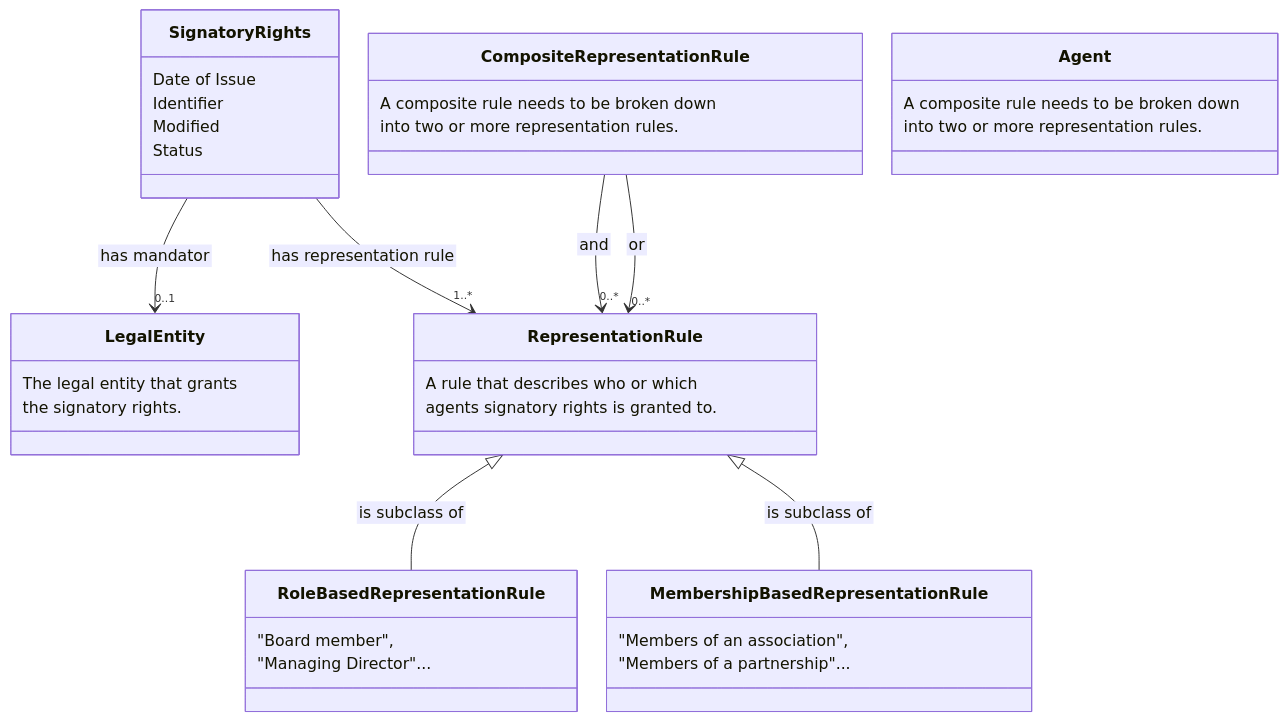
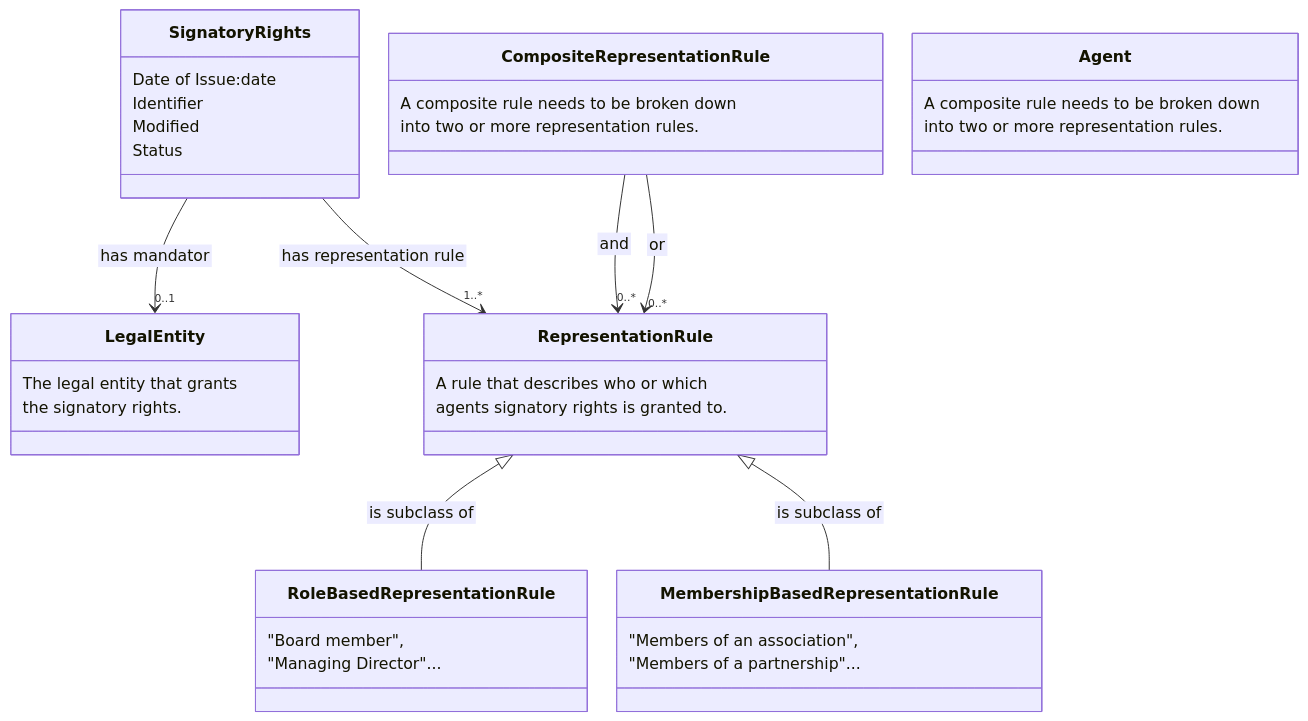
One commit to nordicsmartgovernment/Nordic-Signatory-Rights-Model changed the second of 2 diagrams in README.md. Above: the diagram before and after it, drawn with Mermaid.

````diff
--- a/README.md
+++ b/README.md
@@ -66,49 +66,49 @@
 ```mermaid
  %%{init:{'flowchart':{'nodeSpacing': 30, 'rankSpacing': 95, 'htmlLabels': false}}}%%
     classDiagram
         Representation Rule <|-- Role Based Representation Rule : is subclass of
         Representation Rule <|-- Membership Based Representation Rule : is subclass of
 
         class Signatory Rights {
-            Date of Issue
+            Date of Issue:date
             Identifier
             Modified
             Status
         }
 
         Signatory Rights --> "0..1" Legal Entity : has mandator
         Signatory Rights --> "1..*" Representation Rule : has representation rule
 
         class Legal Entity {
            The legal entity that grants
            the signatory rights.
         }
 
         class Representation Rule {
            A rule that describes who or which
            agents signatory rights is granted to.
         }
 
         class Role Based Representation Rule {
            "Board member",
            "Managing Director"...
         }
 
         class Membership Based Representation Rule {
            "Members of an association",
            "Members of a partnership"...
         }
 
         class Composite Representation Rule {
            A composite rule needs to be broken down
            into two or more representation rules.
         }
 
         Composite Representation Rule --> "0..*" Representation Rule : and
         Composite Representation Rule --> "0..*" Representation Rule : or
 
         class Agent {
            A composite rule needs to be broken down
            into two or more representation rules.
         }
 ```
````
